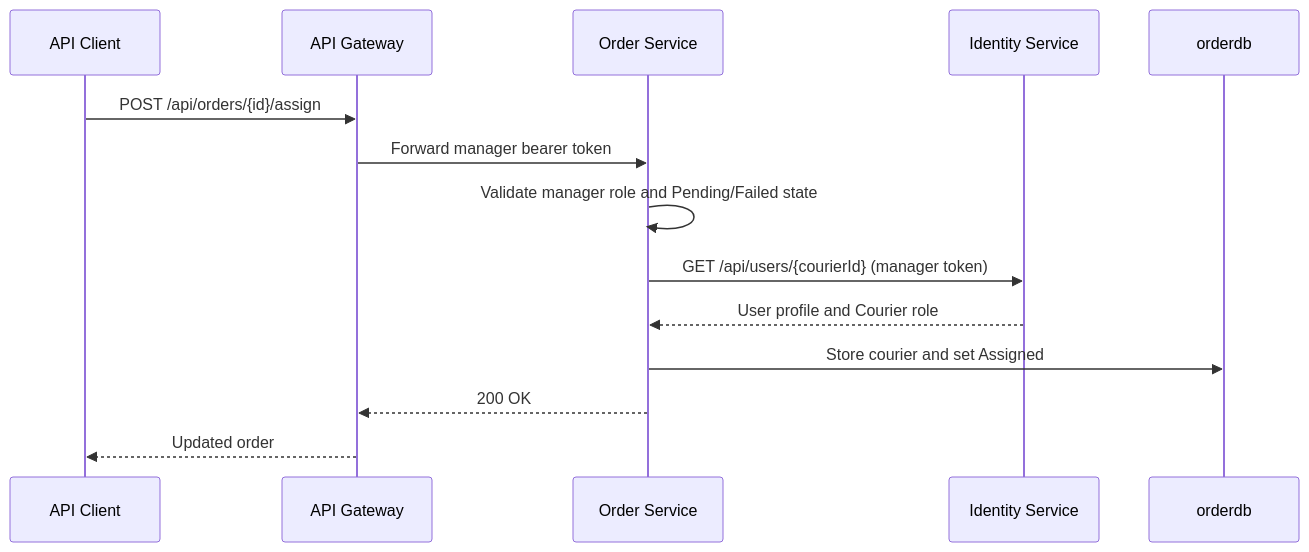
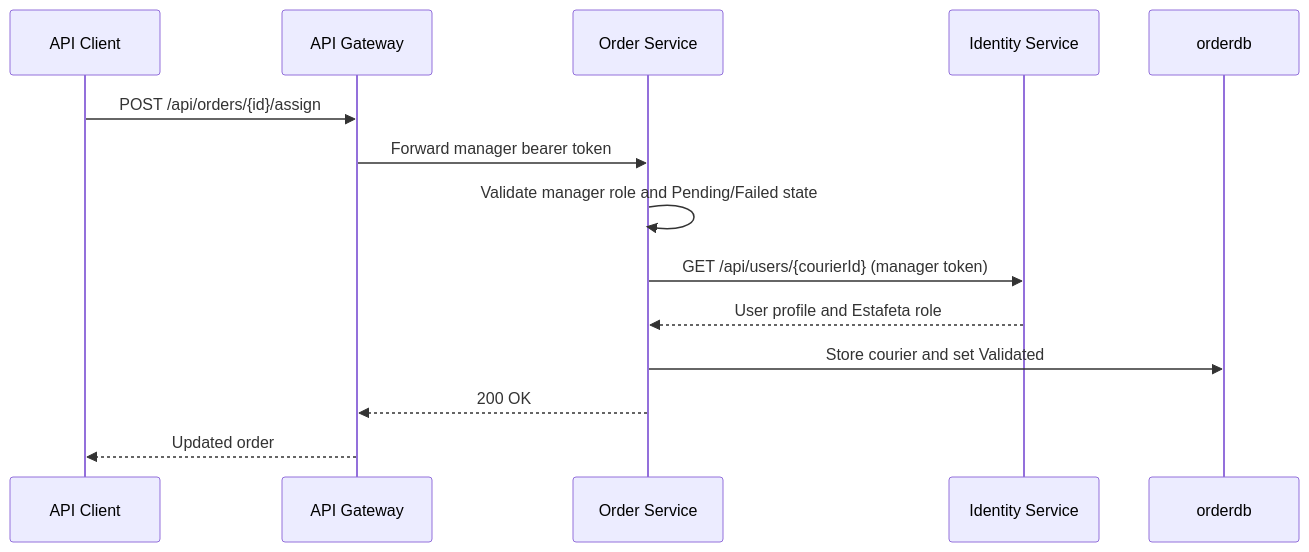
The third of 4 diagrams in docs/sequences.md (RenatoB04/Lesto), drawn with Mermaid before and after one commit. The commit also changed other lines of this file and 11 other files, not shown here.

````diff
--- a/docs/sequences.md
+++ b/docs/sequences.md
@@ -43,17 +43,17 @@
 ```mermaid
 sequenceDiagram
     participant Client as API Client
     participant Gateway as API Gateway
     participant Order as Order Service
     participant Identity as Identity Service
     participant Db as orderdb
 
     Client->>Gateway: POST /api/orders/{id}/assign
     Gateway->>Order: Forward manager bearer token
     Order->>Order: Validate manager role and Pending/Failed state
     Order->>Identity: GET /api/users/{courierId} (manager token)
-    Identity-->>Order: User profile and Courier role
-    Order->>Db: Store courier and set Assigned
+    Identity-->>Order: User profile and Estafeta role
+    Order->>Db: Store courier and set Validated
     Order-->>Gateway: 200 OK
     Gateway-->>Client: Updated order
 ```
````
